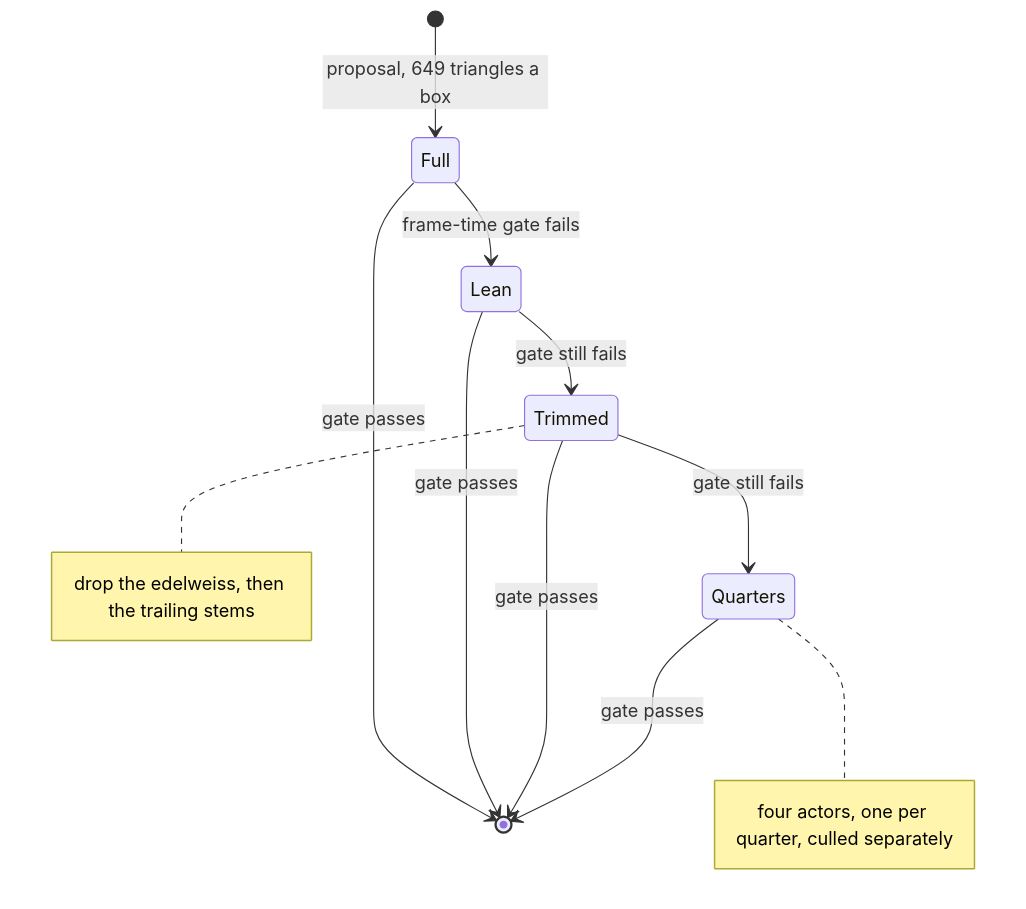
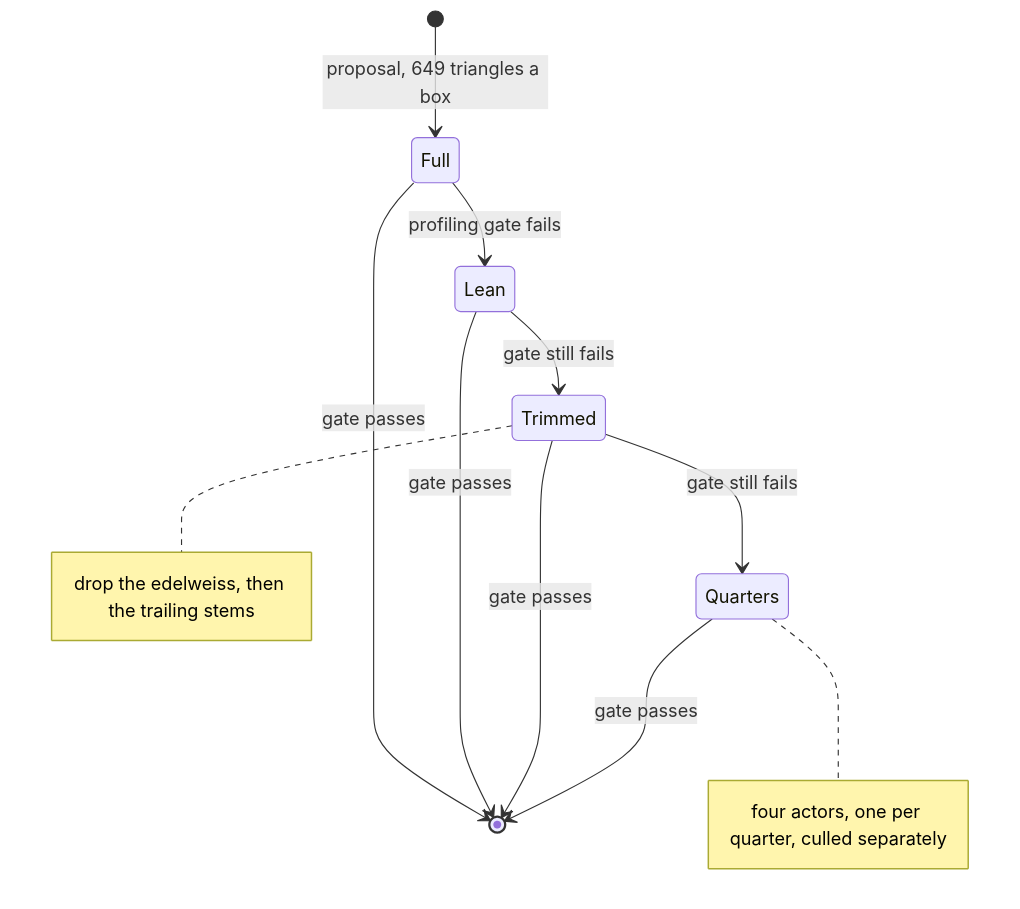
Before and after one commit to wbniv/WorldFoundry: the second of 3 diagrams in docs/plans/2026-11-22-cuckoo-village-flowers.md, drawn with Mermaid. The commit also changed other lines of this file and 2 other files, not shown here.

First line of the commit message:
Flowers plan: a Detailed flowers setting, profiling Off then On then Off on cast1, and a generated report

````diff
--- a/docs/plans/2026-11-22-cuckoo-village-flowers.md
+++ b/docs/plans/2026-11-22-cuckoo-village-flowers.md
@@ -53,13 +62,13 @@
 ```mermaid
 stateDiagram-v2
     [*] --> Full: proposal, 649 triangles a box
-    Full --> Lean: frame-time gate fails
+    Full --> Lean: profiling gate fails
     Lean --> Trimmed: gate still fails
     Trimmed --> Quarters: gate still fails
     Full --> [*]: gate passes
     Lean --> [*]: gate passes
     Trimmed --> [*]: gate passes
     Quarters --> [*]: gate passes
     note right of Trimmed: drop the edelweiss, then the trailing stems
     note right of Quarters: four actors, one per quarter, culled separately
 ```
````
